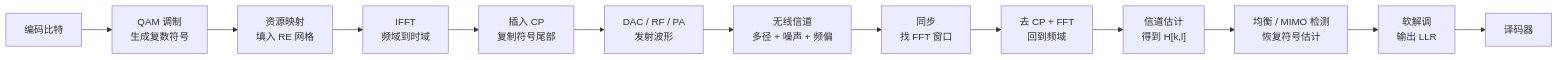
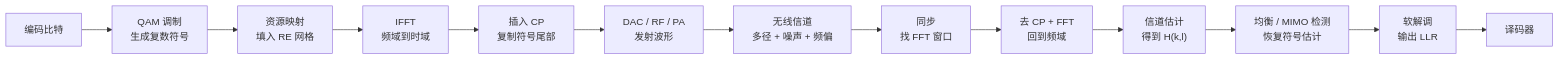
Before and after one commit to AuroraYaus/obsidian: the second of 3 diagrams in 3gpp/docs/L1_基础/T2.0_OFDM_system_overview.md, drawn with Mermaid. The commit also changed other lines of this file and 34 other files, not shown here.

First line of the commit message:
docs(lectures): L1 基础讲义整改与配图（T2 系列四维整改）

````diff
--- a/3gpp/docs/L1_基础/T2.0_OFDM_system_overview.md
+++ b/3gpp/docs/L1_基础/T2.0_OFDM_system_overview.md
@@ -111,16 +121,16 @@
 ```mermaid
 %%{init: {'theme': 'default'}}%%
 flowchart LR
     bits["编码比特"] --> mod["QAM 调制<br/>生成复数符号"]
     mod --> grid["资源映射<br/>填入 RE 网格"]
     grid --> ifft["IFFT<br/>频域到时域"]
     ifft --> cp["插入 CP<br/>复制符号尾部"]
     cp --> rf["DAC / RF / PA<br/>发射波形"]
     rf --> channel["无线信道<br/>多径 + 噪声 + 频偏"]
     channel --> sync["同步<br/>找 FFT 窗口"]
     sync --> fft["去 CP + FFT<br/>回到频域"]
-    fft --> ce["信道估计<br/>得到 H[k,l]"]
+    fft --> ce["信道估计<br/>得到 H(k,l)"]
     ce --> eq["均衡 / MIMO 检测<br/>恢复符号估计"]
     eq --> llr["软解调<br/>输出 LLR"]
     llr --> dec["译码器"]
 ```
````
